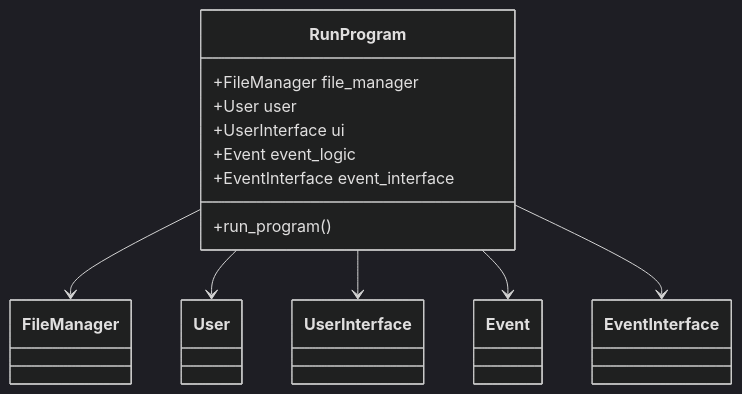
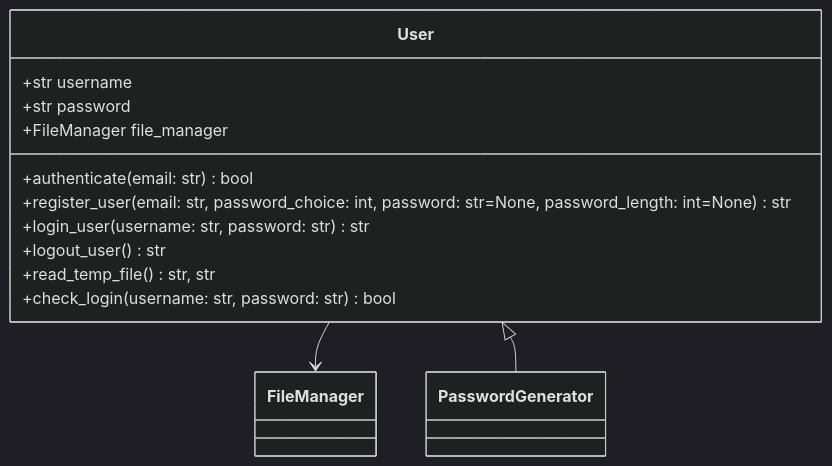
One commit to YuriyMavko/test changed the diagram in README.md. Above: the diagram before and after it, drawn with Mermaid (dark theme).

````diff
--- a/README.md
+++ b/README.md
@@ -1,23 +1,21 @@
 ```mermaid
 classDiagram
-    class RunProgram {
+    class User {
+        +str username
+        +str password
         +FileManager file_manager
-        +User user
-        +UserInterface ui
-        +Event event_logic
-        +EventInterface event_interface
-        +run_program()
+        +authenticate(email: str) bool
+        +register_user(email: str, password_choice: int, password: str=None, password_length: int=None) str
+        +login_user(username: str, password: str) str
+        +logout_user() str
+        +read_temp_file() str, str
+        +check_login(username: str, password: str) bool
     }
 
     class FileManager
-    class User
-    class UserInterface
-    class Event
-    class EventInterface
+    class PasswordGenerator
 
-    RunProgram --> FileManager
-    RunProgram --> User
-    RunProgram --> UserInterface
-    RunProgram --> Event
-    RunProgram --> EventInterface
+    User --> FileManager
+    User <|-- PasswordGenerator
+
 ```
````
